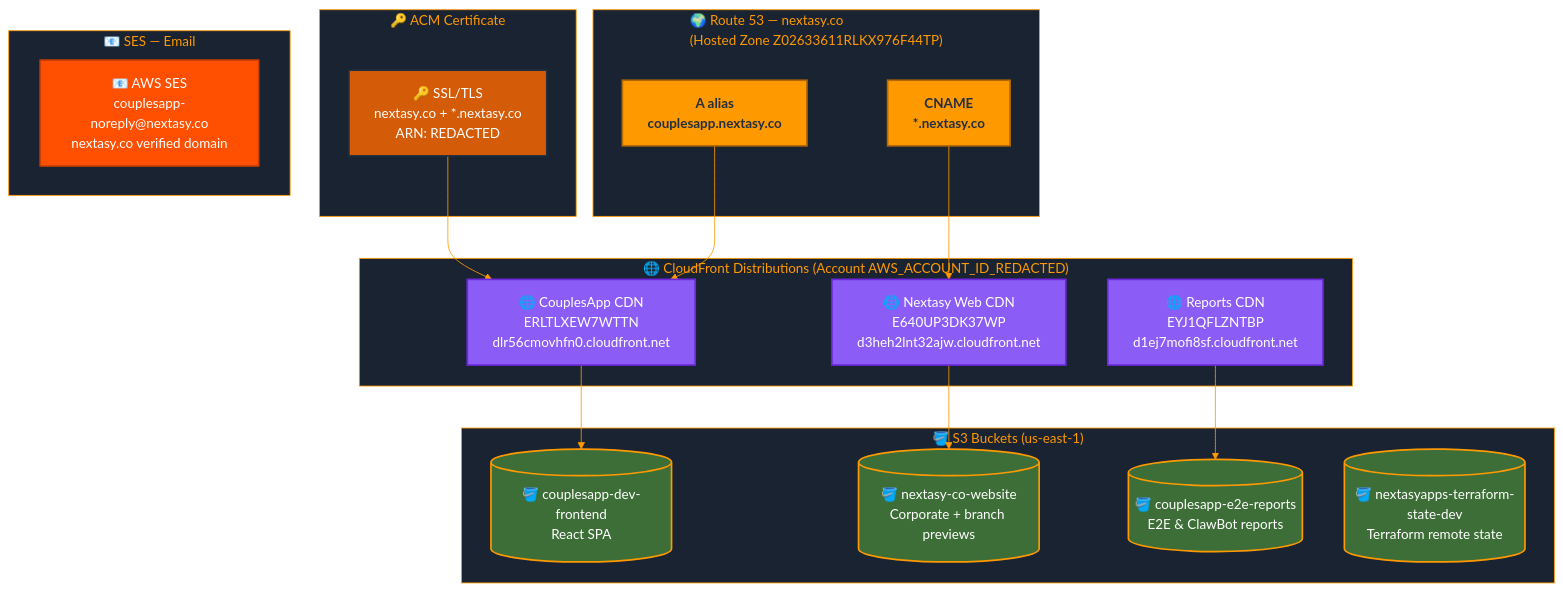
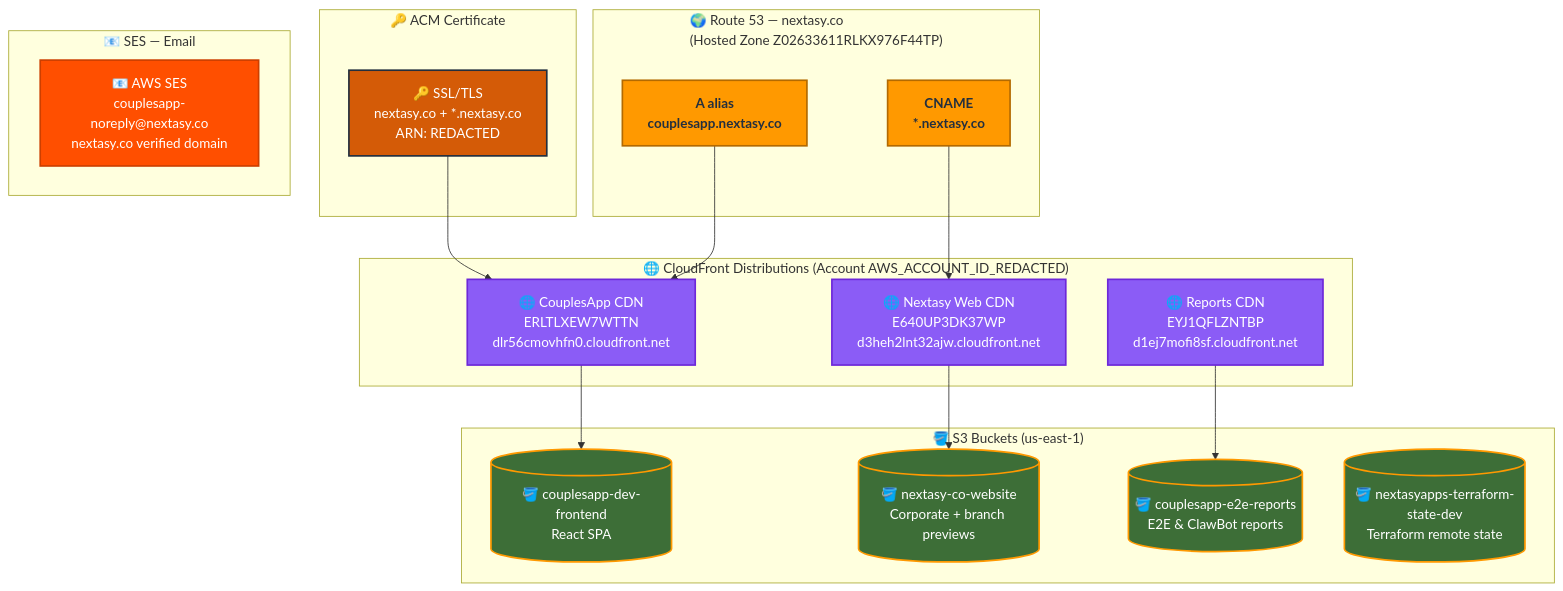
The fourth of 5 diagrams in README.md (marcuss/nextasyapps-infra), drawn with Mermaid before and after one commit. The commit also changed other lines of this file, not shown here.

Commit message:
fix: remove %%{init}%% Mermaid theme blocks (break GitHub rendering) + update prod diagram

````diff
--- a/README.md
+++ b/README.md
@@ -171,48 +168,47 @@
 ```mermaid
-%%{init: {'theme': 'base', 'themeVariables': {'primaryColor': '#232F3E', 'primaryTextColor': '#FF9900', 'primaryBorderColor': '#FF9900', 'lineColor': '#FF9900', 'secondaryColor': '#1a2332', 'tertiaryColor': '#1d2b3a', 'background': '#232F3E', 'edgeLabelBackground': '#232F3E', 'clusterBkg': '#1a2332', 'clusterBorder': '#FF9900', 'fontFamily': 'ui-monospace, monospace', 'titleColor': '#FF9900'}}}%%
 graph TB
     subgraph DNS["🌍 Route 53 — nextasy.co\n(Hosted Zone Z02633611RLKX976F44TP)"]
         R53_APP["A alias\ncouplesapp.nextasy.co"]
         R53_WEB["CNAME\n*.nextasy.co"]
     end
 
     subgraph ACM_GROUP["🔑 ACM Certificate"]
         ACM["🔑 SSL/TLS\nnextasy.co + *.nextasy.co\nARN: REDACTED"]
     end
 
     subgraph CDN["🌐 CloudFront Distributions (Account AWS_ACCOUNT_ID_REDACTED)"]
         CF_APP["🌐 CouplesApp CDN\nERLTLXEW7WTTN\ndlr56cmovhfn0.cloudfront.net"]
         CF_WEB["🌐 Nextasy Web CDN\nE640UP3DK37WP\nd3heh2lnt32ajw.cloudfront.net"]
         CF_REPORTS["🌐 Reports CDN\nEYJ1QFLZNTBP\nd1ej7mofi8sf.cloudfront.net"]
     end
 
     subgraph S3_GROUP["🪣 S3 Buckets (us-east-1)"]
         S3_APP[("🪣 couplesapp-dev-frontend\nReact SPA")]
         S3_WEB[("🪣 nextasy-co-website\nCorporate + branch previews")]
         S3_E2E[("🪣 couplesapp-e2e-reports\nE2E & ClawBot reports")]
         S3_TF[("🪣 nextasyapps-terraform-state-dev\nTerraform remote state")]
     end
 
     subgraph SES_GROUP["📧 SES — Email"]
         SES["📧 AWS SES\ncouplesapp-noreply@nextasy.co\nnextasy.co verified domain"]
     end
 
     R53_APP --> CF_APP
     R53_WEB --> CF_WEB
     ACM --> CF_APP
     CF_APP --> S3_APP
     CF_WEB --> S3_WEB
     CF_REPORTS --> S3_E2E
 
     classDef dns fill:#FF9900,stroke:#b36a00,stroke-width:2px,color:#232F3E,font-weight:bold
     classDef acm fill:#d45b07,stroke:#232F3E,stroke-width:2px,color:#ffffff
     classDef cf fill:#8B5CF6,stroke:#6D28D9,stroke-width:2px,color:#ffffff
     classDef s3 fill:#3d6e37,stroke:#FF9900,stroke-width:2px,color:#ffffff
     classDef ses fill:#FF4F00,stroke:#cc3f00,stroke-width:2px,color:#ffffff
 
     class R53_APP,R53_WEB dns
     class ACM acm
     class CF_APP,CF_WEB,CF_REPORTS cf
     class S3_APP,S3_WEB,S3_E2E,S3_TF s3
     class SES ses
 ```
````
